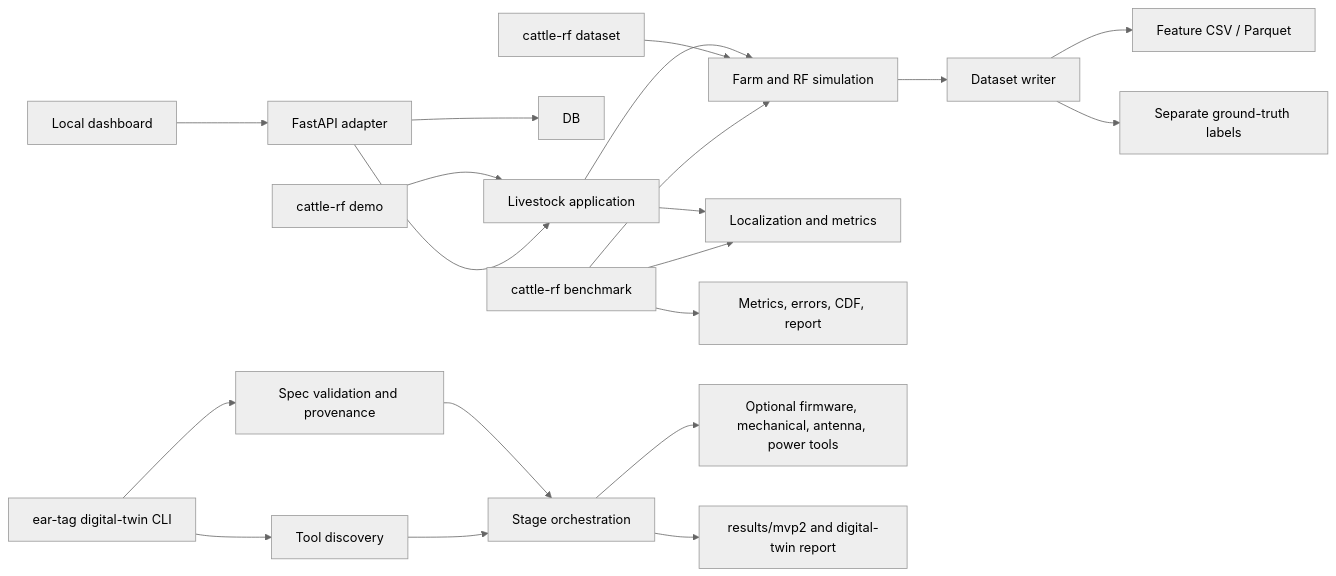
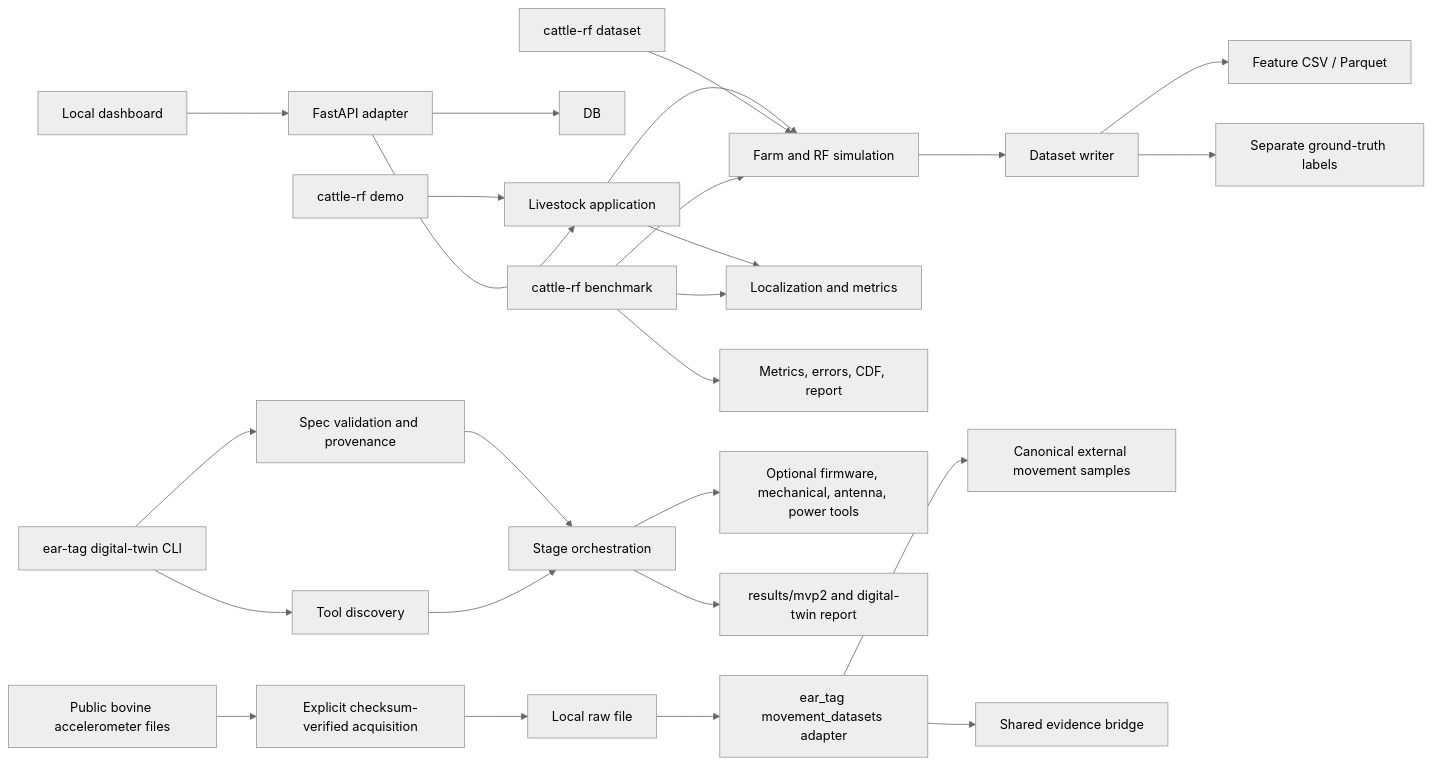
One commit to GUZZBR1/riose changed the diagram in docs/architecture.md. Above: the diagram before and after it, drawn with Mermaid (neutral theme). The commit also changed other lines of this file and 12 other files, not shown here.

First line of the commit message:
Make movement dataset evidence reproducible

````diff
--- a/docs/architecture.md
+++ b/docs/architecture.md
@@ -71,23 +72,29 @@
 ```mermaid
 flowchart LR
   UI[Local dashboard] --> API[FastAPI adapter]
   DEMO[cattle-rf demo] --> APP[Livestock application]
   API --> APP
   APP --> SIM[Farm and RF simulation]
   APP --> LOC[Localization and metrics]
   API --> DB
   DATASET[cattle-rf dataset] --> SIM
   SIM --> DATA[Dataset writer]
   DATA --> FEAT[Feature CSV / Parquet]
   DATA --> TRUTH[Separate ground-truth labels]
   BENCH[cattle-rf benchmark] --> SIM
   BENCH --> LOC
   BENCH --> REPORT[Metrics, errors, CDF, report]
 
   DT[ear-tag digital-twin CLI] --> SPEC[Spec validation and provenance]
   DT --> PREFLIGHT[Tool discovery]
   SPEC --> RUN[Stage orchestration]
   PREFLIGHT --> RUN
   RUN --> HW[Optional firmware, mechanical, antenna, power tools]
   RUN --> MVP2[results/mvp2 and digital-twin report]
+
+  RAW[Public bovine accelerometer files] --> ACQ[Explicit checksum-verified acquisition]
+  ACQ --> IMMUTABLE[Local raw file]
+  IMMUTABLE --> ADAPTER[ear_tag movement_datasets adapter]
+  ADAPTER --> CANONICAL[Canonical external movement samples]
+  ADAPTER --> EVIDENCE[Shared evidence bridge]
 ```
````
